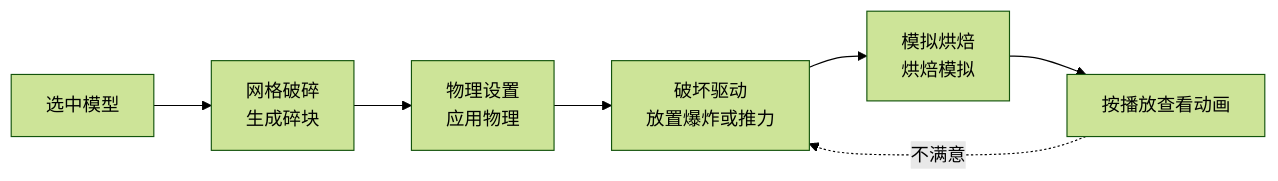
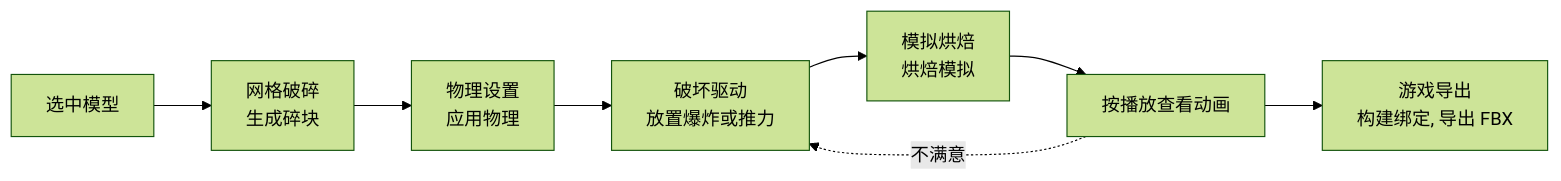
The diagram in doc/使用说明/快速上手.md (RIPTIDE-z/QuickDestruction), drawn with Mermaid (forest theme) before and after one commit. The commit also changed other lines of this file and 47 other files, not shown here.

````diff
--- a/doc/使用说明/快速上手.md
+++ b/doc/使用说明/快速上手.md
@@ -5,9 +5,10 @@
 ```mermaid
 flowchart LR
     A[选中模型] --> B[网格破碎<br>生成碎块]
     B --> C[物理设置<br>应用物理]
     C --> D[破坏驱动<br>放置爆炸或推力]
     D --> E[模拟烘焙<br>烘焙模拟]
     E --> F[按播放查看动画]
     F -. 不满意 .-> D
+    F --> G[游戏导出<br>构建绑定, 导出 FBX]
 ```
````
